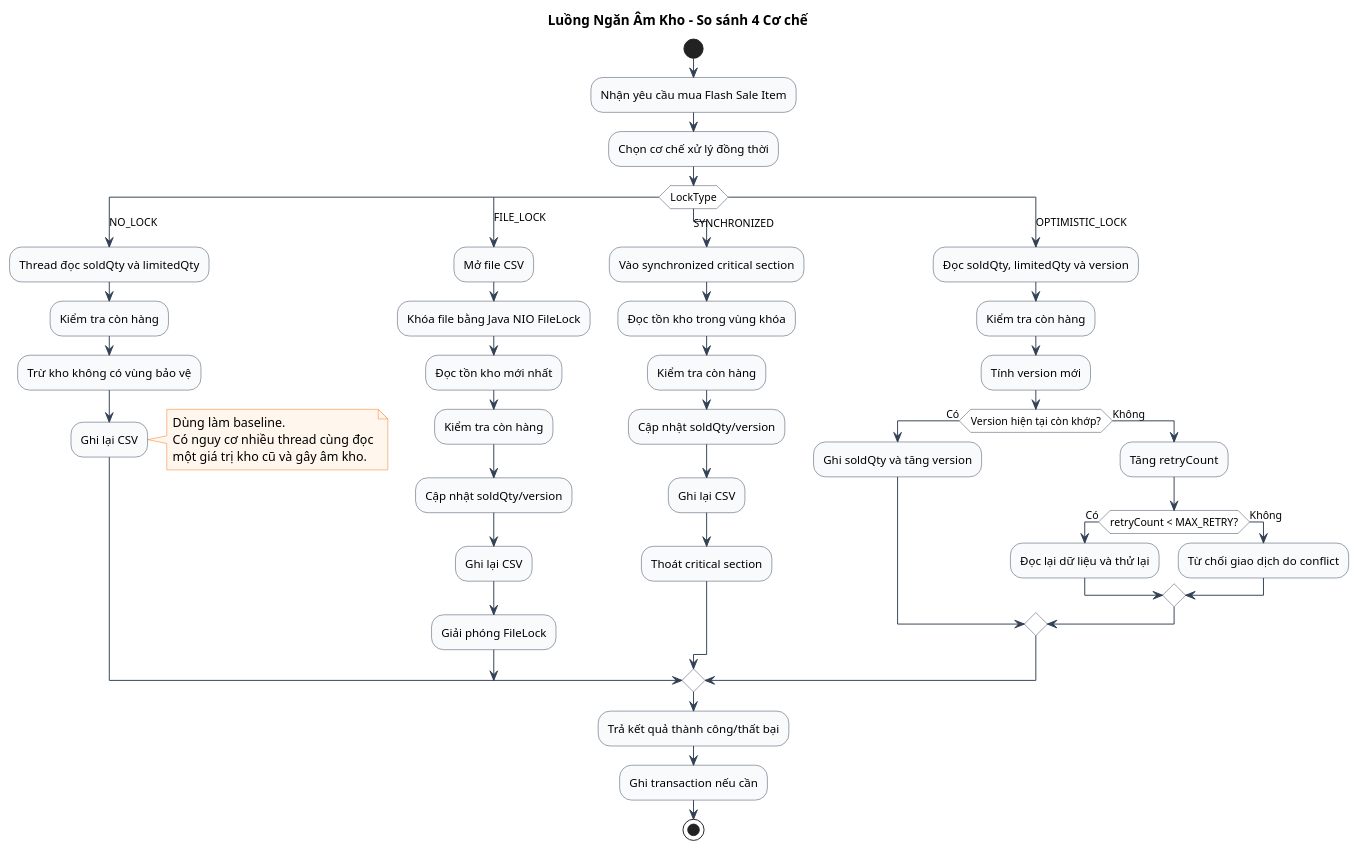
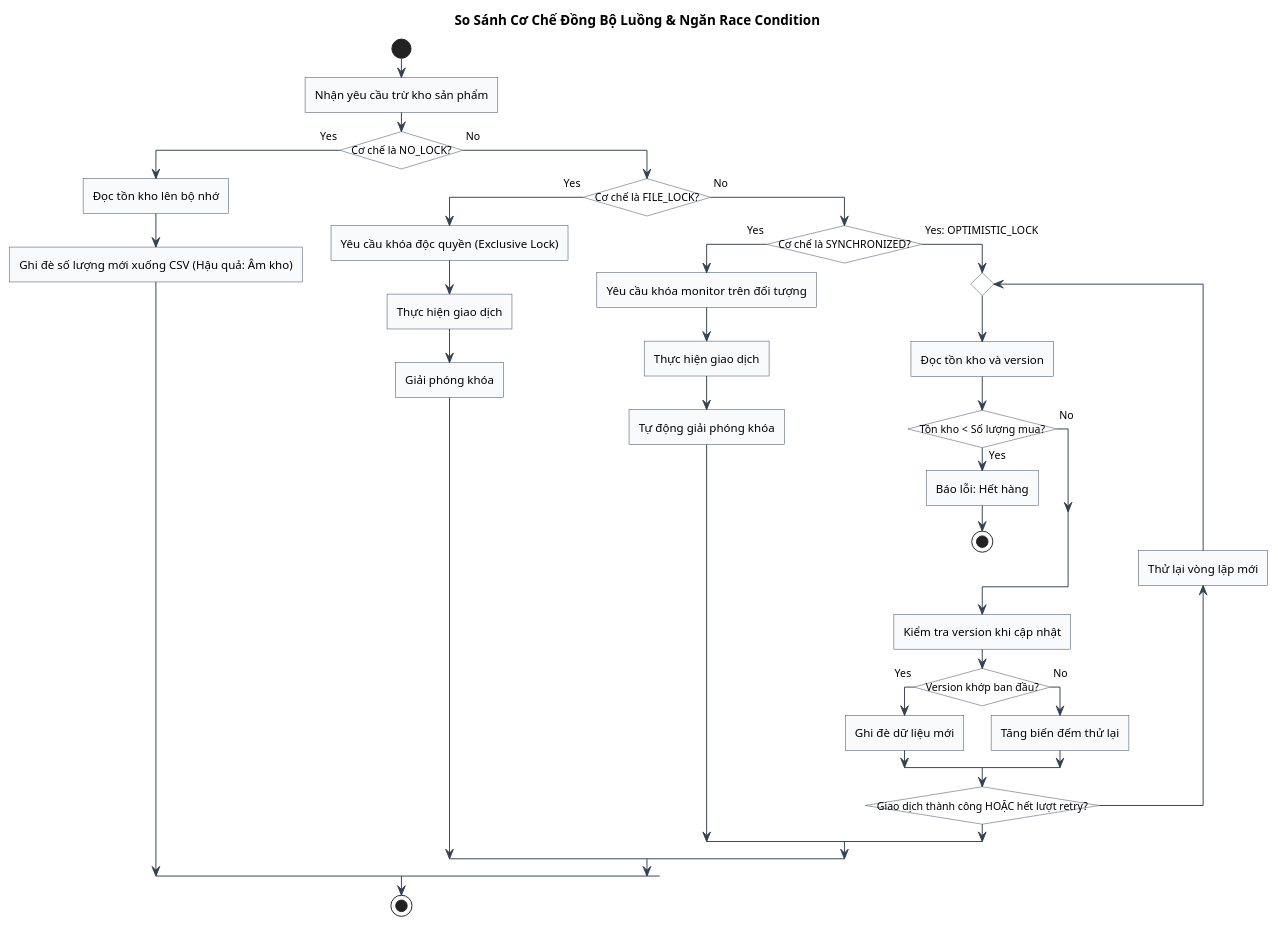
Before and after one commit to nguyendinhtien824-super/Group-2: the diagram in docs/flowcharts/race_condition_flow.puml, drawn with PlantUML. The commit also changed 7 other files, not shown here.

Commit message:
fixing flowcharts

```diff
--- a/docs/flowcharts/race_condition_flow.puml
+++ b/docs/flowcharts/race_condition_flow.puml
@@ -1,65 +1,52 @@
 @startuml
-' Render PNG bằng: java -jar plantuml.jar -charset UTF-8 -tpng race_condition_flow.puml
+skinparam roundcorner 0
 skinparam defaultFontName "Arial"
-skinparam titleFontName "Arial"
 skinparam shadowing false
+skinparam ActivityShape rectangle
 skinparam ArrowColor #334155
 skinparam ActivityBackgroundColor #F8FAFC
 skinparam ActivityBorderColor #334155
 skinparam ActivityDiamondBackgroundColor #FFFFFF
-skinparam ActivityDiamondBorderColor #334155
-skinparam NoteBackgroundColor #FFF7ED
-skinparam NoteBorderColor #F97316
+skinparam conditionStyle InsideDiamond
+skinparam ConditionEndStyle hline
 
-title Luồng Ngăn Âm Kho - So sánh 4 Cơ chế
+title So Sánh Cơ Chế Đồng Bộ Luồng & Ngăn Race Condition
 
 start
-:Nhận yêu cầu mua Flash Sale Item;
-:Chọn cơ chế xử lý đồng thời;
+:Nhận yêu cầu trừ kho sản phẩm;
 
-switch (LockType)
-case (NO_LOCK)
-  :Thread đọc soldQty và limitedQty;
-  :Kiểm tra còn hàng;
-  :Trừ kho không có vùng bảo vệ;
-  :Ghi lại CSV;
-  note right
-    Dùng làm baseline.
-    Có nguy cơ nhiều thread cùng đọc
-    một giá trị kho cũ và gây âm kho.
-  end note
-case (FILE_LOCK)
-  :Mở file CSV;
-  :Khóa file bằng Java NIO FileLock;
-  :Đọc tồn kho mới nhất;
-  :Kiểm tra còn hàng;
-  :Cập nhật soldQty/version;
-  :Ghi lại CSV;
-  :Giải phóng FileLock;
-case (SYNCHRONIZED)
-  :Vào synchronized critical section;
-  :Đọc tồn kho trong vùng khóa;
-  :Kiểm tra còn hàng;
-  :Cập nhật soldQty/version;
-  :Ghi lại CSV;
-  :Thoát critical section;
-case (OPTIMISTIC_LOCK)
-  :Đọc soldQty, limitedQty và version;
-  :Kiểm tra còn hàng;
-  :Tính version mới;
-  if (Version hiện tại còn khớp?) then (Có)
-    :Ghi soldQty và tăng version;
-  else (Không)
-    :Tăng retryCount;
-    if (retryCount < MAX_RETRY?) then (Có)
-      :Đọc lại dữ liệu và thử lại;
-    else (Không)
-      :Từ chối giao dịch do conflict;
+if (Cơ chế là NO_LOCK?) then ( Yes )
+  :Đọc tồn kho lên bộ nhớ;
+  :Ghi đè số lượng mới xuống CSV (Hậu quả: Âm kho);
+else ( No )
+  if (Cơ chế là FILE_LOCK?) then ( Yes )
+    :Yêu cầu khóa độc quyền (Exclusive Lock);
+    :Thực hiện giao dịch;
+    :Giải phóng khóa;
+  else ( No )
+    if (Cơ chế là SYNCHRONIZED?) then ( Yes )
+      :Yêu cầu khóa monitor trên đối tượng;
+      :Thực hiện giao dịch;
+      :Tự động giải phóng khóa;
+    else ( Yes: OPTIMISTIC_LOCK )
+      repeat
+        :Đọc tồn kho và version;
+        if (Tồn kho < Số lượng mua?) then ( Yes )
+          :Báo lỗi: Hết hàng;
+          stop
+        else ( No )
+        endif
+        
+        :Kiểm tra version khi cập nhật;
+        if (Version khớp ban đầu?) then ( Yes )
+          :Ghi đè dữ liệu mới;
+        else ( No )
+          :Tăng biến đếm thử lại;
+        endif
+      backward:Thử lại vòng lặp mới;
+      repeat while (Giao dịch thành công HOẶC hết lượt retry?) is ( No ) not ( Yes )
     endif
   endif
-endswitch
-
-:Trả kết quả thành công/thất bại;
-:Ghi transaction nếu cần;
+endif
 stop
 @enduml
```
